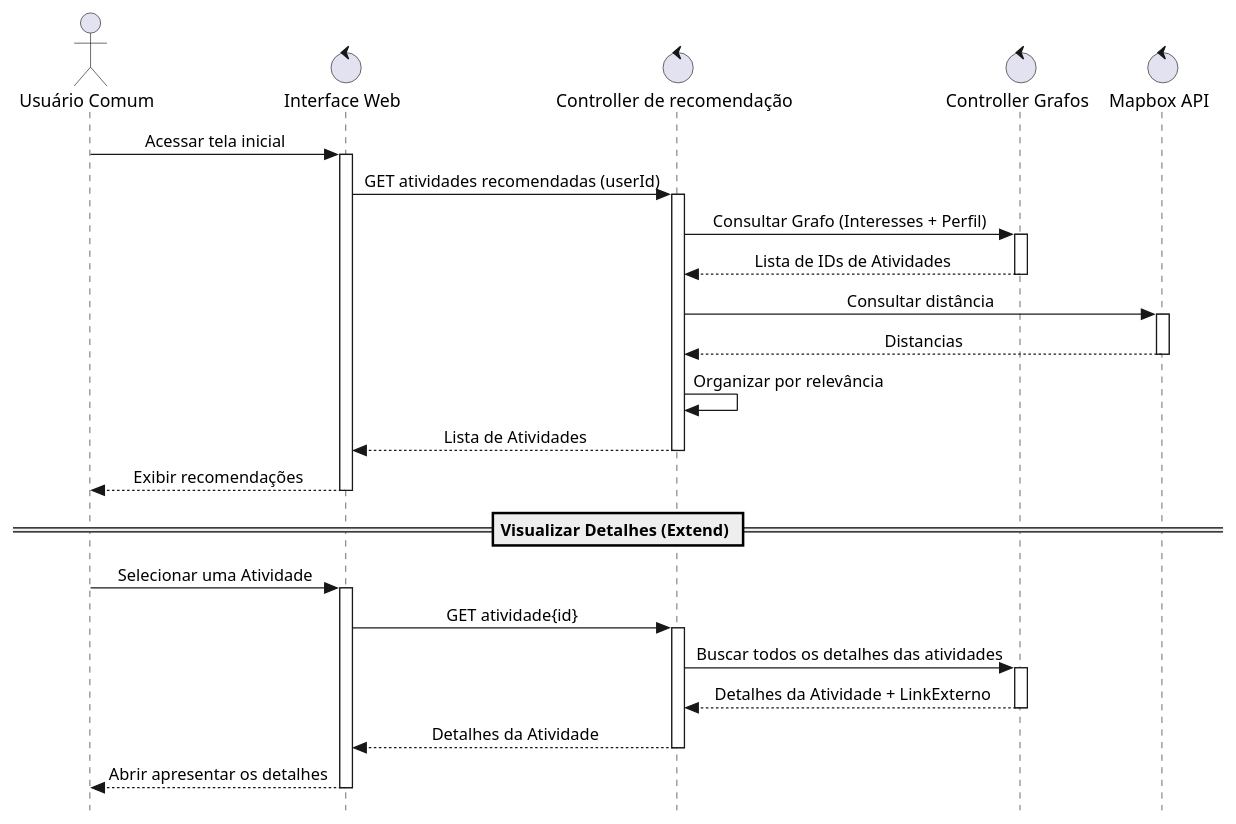
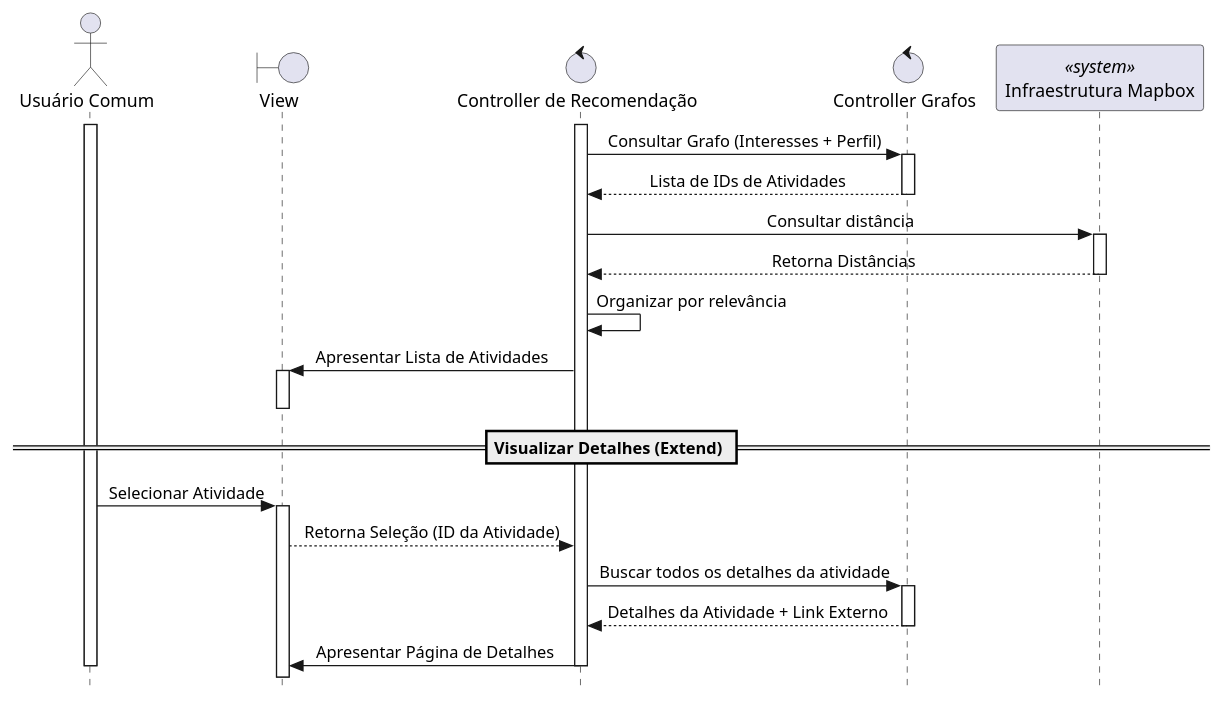
The diagram in Modelagem/Diagrama de Sequencia.puml (J-B-Works/Wisp), drawn with PlantUML before and after one commit. The commit also changed other lines of this file, not shown here.

Commit message:
chore: fix sequence diagram

```diff
--- a/Modelagem/Diagrama de Sequencia.puml
+++ b/Modelagem/Diagrama de Sequencia.puml
@@ -1,51 +1,53 @@
 @startuml
-    'Deixa os atores só em cima
+    ' Configurações de estilo acadêmico
     skinparam style strictuml 
-    'Centraliza as frases
     skinparam sequenceMessageAlign center
 
+    ' Ordem ajustada: Usuário na esquerda, depois interface, depois controllers
     actor "Usuário Comum" as User
-    control "Interface Web" as Web
-    control "Controller de recomendação" as API
+    boundary "View" as View
+    control "Controller de Recomendação" as API
     control "Controller Grafos" as GF
-    control "Mapbox API" as Map
+    participant "Infraestrutura Mapbox" as Map <<system>>
 
-    User -> Web : Acessar tela inicial
-    activate Web
-
-    Web -> API : GET atividades recomendadas (userId)
+    ' O fluxo começa "do meio para fora", com o Controller iniciando a ação
+    activate User
     activate API
-
+    
     API -> GF : Consultar Grafo (Interesses + Perfil)
     activate GF
     GF --> API : Lista de IDs de Atividades
     deactivate GF
 
     API -> Map : Consultar distância
     activate Map
-    Map --> API : Distancias
+    Map --> API : Retorna Distâncias
     deactivate Map
 
     API -> API : Organizar por relevância
-    API --> Web : Lista de Atividades
-    deactivate API
 
-    Web --> User : Exibir recomendações
-    deactivate Web
+    ' O Controller comanda a Interface (seta para a esquerda)
+    API -> View : Apresentar Lista de Atividades
+    activate View
+    deactivate View
 
     == Visualizar Detalhes (Extend) ==
 
-    User -> Web : Selecionar uma Atividade
-    activate Web
-    Web -> API : GET atividade{id}
-    activate API
-    API -> GF : Buscar todos os detalhes das atividades
+    ' O usuário interage com a interface que foi gerada
+    User -> View : Selecionar Atividade
+    activate View
+    
+    ' A Interface notifica o Controller (retorno tracejado da ação)
+    View --> API : Retorna Seleção (ID da Atividade)
+    
+    API -> GF : Buscar todos os detalhes da atividade
     activate GF
-    GF --> API : Detalhes da Atividade + LinkExterno
+    GF --> API : Detalhes da Atividade + Link Externo
     deactivate GF
-    API --> Web : Detalhes da Atividade
+    
+    ' Controller manda a interface apresentar os dados finais
+    API -> View : Apresentar Página de Detalhes
     deactivate API
-    Web --> User : Abrir apresentar os detalhes
-deactivate Web
+    deactivate User
 
 @enduml
```
